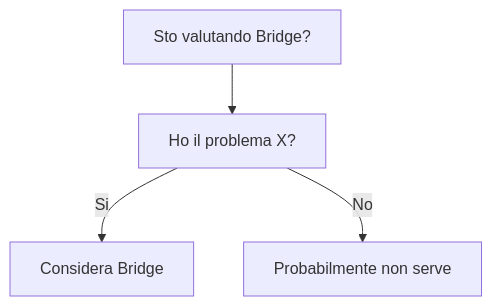
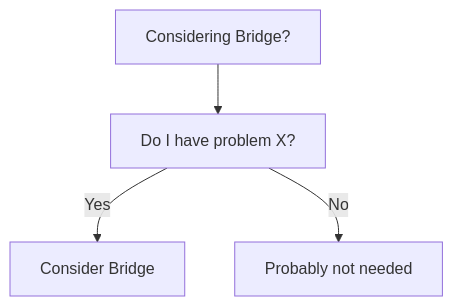
The diagram in dev-wiki/03_Design_Patterns/Structural/Bridge/When_To_Use.md (HxT9/Software-Dev-Wiki), drawn with Mermaid before and after one commit. The commit also changed other lines of this file and 3444 other files, not shown here.

````diff
--- a/dev-wiki/03_Design_Patterns/Structural/Bridge/When_To_Use.md
+++ b/dev-wiki/03_Design_Patterns/Structural/Bridge/When_To_Use.md
@@ -19,6 +19,6 @@
 ```mermaid
 flowchart TD
-  Q[Sto valutando Bridge?] --> Q1[Ho il problema X?]
-  Q1 -->|Si| OK[Considera Bridge]
-  Q1 -->|No| NO[Probabilmente non serve]
+  Q[Considering Bridge?] --> Q1[Do I have problem X?]
+  Q1 -->|Yes| OK[Consider Bridge]
+  Q1 -->|No| NO[Probably not needed]
 ```
````
